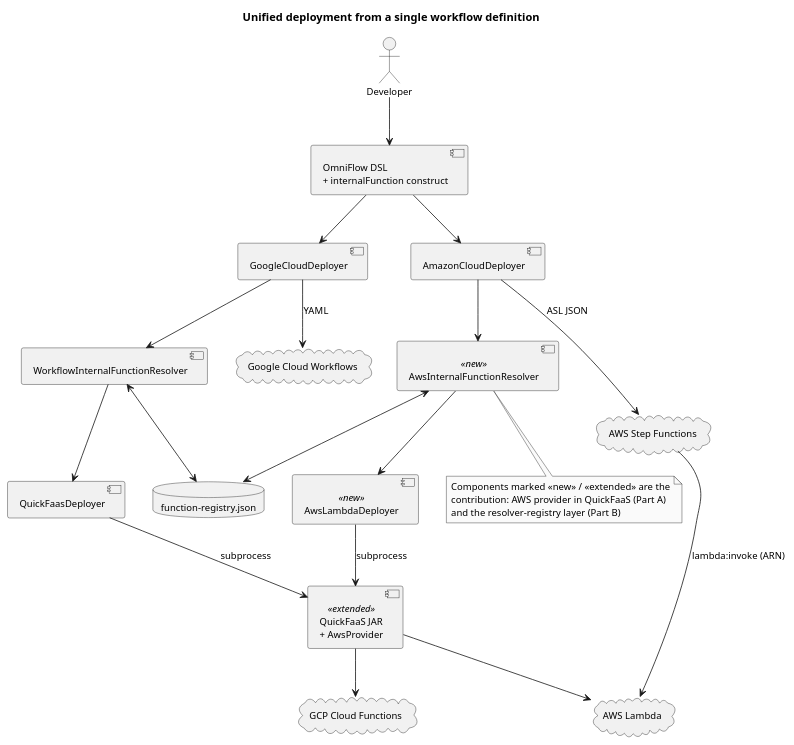
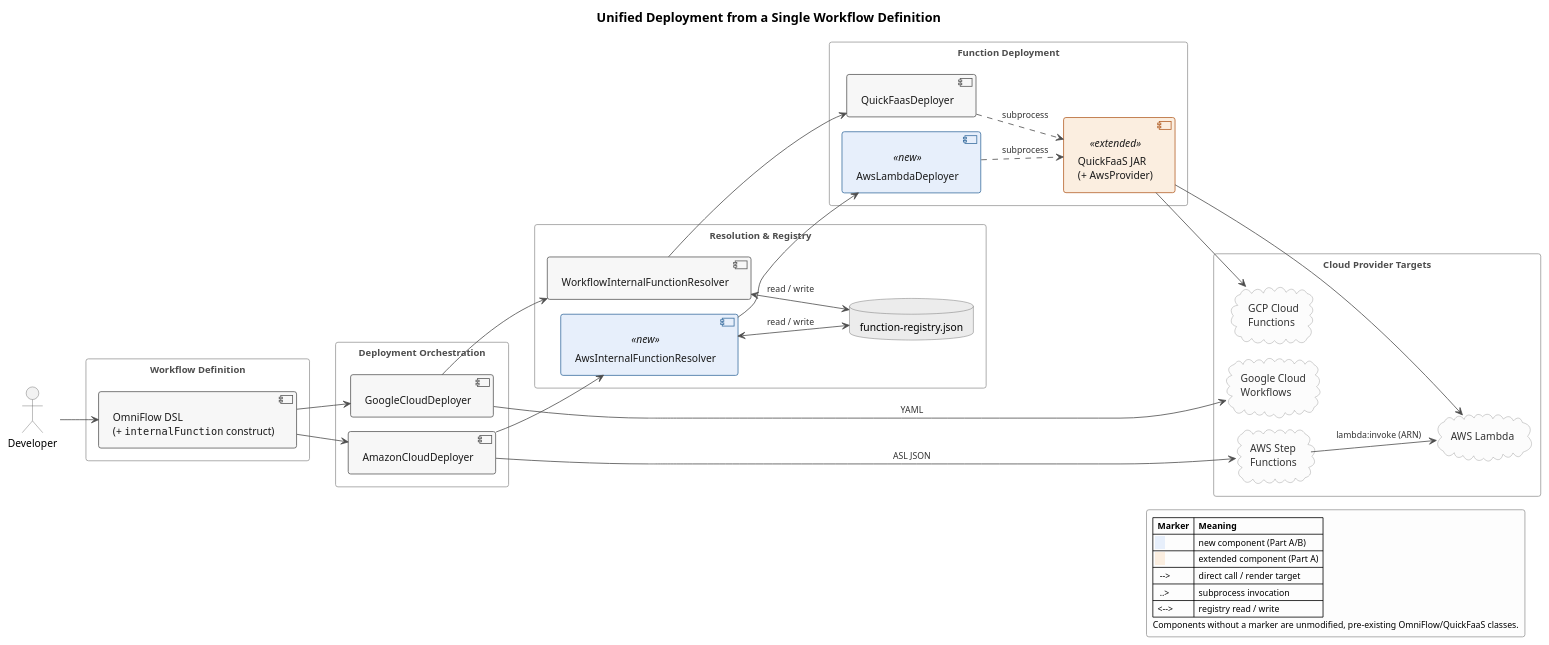
Before and after one commit to EngenheiroPedroCarvalho/ISEL-Thesis-2526: the diagram in diagrams/architecture-after.puml, drawn with PlantUML. The commit also changed 2 other files, not shown here.

Commit message:
Redesign architecture-after.puml for a more academic look
Replace the flat monochrome component diagram with a layered layout
(Workflow Definition / Deployment Orchestration / Resolution &
Registry / Function Deployment / Cloud Provider Targets), a muted
academic color palette distinguishing new/extended components, a
formal legend explaining markers and arrow semantics, and a
left-to-right flow that reads as a pipeline. Re-rendered with
PlantUML + Graphviz and copied into thesis/images/architecture/,
where the figure is actually included from.

Claude-Session: https://claude.ai/code/session_01KJXWkTU8MwDtpFRMYu8c1D

```diff
--- a/diagrams/architecture-after.puml
+++ b/diagrams/architecture-after.puml
@@ -1,44 +1,131 @@
 @startuml architecture-after
-skinparam monochrome true
+skinparam monochrome false
 skinparam shadowing false
-skinparam defaultFontSize 12
-title Unified deployment from a single workflow definition
+skinparam roundcorner 6
+skinparam defaultFontName Helvetica
+skinparam defaultFontSize 13
+skinparam titleFontSize 16
+skinparam titleFontStyle bold
+skinparam padding 3
+skinparam nodesep 18
+skinparam ranksep 32
 
-actor Developer as D2
-component "OmniFlow DSL\n+ internalFunction construct" as DSL2
-component "GoogleCloudDeployer" as GCD2
-component "AmazonCloudDeployer" as ACD2
-component "WorkflowInternalFunctionResolver" as WIFR
-component "AwsInternalFunctionResolver" as AIFR <<new>>
-component "QuickFaasDeployer" as QFD
-component "AwsLambdaDeployer" as ALD <<new>>
-component "QuickFaaS JAR\n+ AwsProvider" as JAR <<extended>>
-database "function-registry.json" as REG
-cloud "Google Cloud Workflows" as GCW2
-cloud "AWS Step Functions" as SF2
-cloud "GCP Cloud Functions" as GFN
-cloud "AWS Lambda" as LAM
+skinparam ArrowColor #4D4D4D
+skinparam ArrowFontSize 11
+skinparam ArrowFontColor #333333
+
+skinparam actor {
+  BackgroundColor #F2F2F2
+  BorderColor #595959
+}
+
+skinparam component {
+  BackgroundColor #F7F7F7
+  BorderColor #595959
+  FontColor #1A1A1A
+  BorderThickness 1
+}
+skinparam component<<new>> {
+  BackgroundColor #E7EFFB
+  BorderColor #3B6FA0
+  FontColor #1A1A1A
+}
+skinparam component<<extended>> {
+  BackgroundColor #FBEEE0
+  BorderColor #B4622A
+  FontColor #1A1A1A
+}
+
+skinparam database {
+  BackgroundColor #ECECEC
+  BorderColor #595959
+}
+
+skinparam cloud {
+  BackgroundColor #FCFCFC
+  BorderColor #8C8C8C
+  FontColor #333333
+}
+
+skinparam note {
+  BackgroundColor #FFFDF5
+  BorderColor #B3A369
+  FontColor #333333
+}
+
+skinparam rectangle {
+  BackgroundColor transparent
+  BorderColor #999999
+  FontColor #4D4D4D
+  FontStyle bold
+  FontSize 12
+}
+
+skinparam legend {
+  BackgroundColor #FDFDFD
+  BorderColor #999999
+  FontSize 11
+}
+
+title Unified Deployment from a Single Workflow Definition
+left to right direction
+
+actor "Developer" as D2
+
+rectangle "Workflow Definition" {
+  component "OmniFlow DSL\n(+ ""internalFunction"" construct)" as DSL2
+}
+
+rectangle "Deployment Orchestration" {
+  component "GoogleCloudDeployer" as GCD2
+  component "AmazonCloudDeployer" as ACD2
+}
+
+rectangle "Resolution & Registry" {
+  component "WorkflowInternalFunctionResolver" as WIFR
+  component "AwsInternalFunctionResolver" as AIFR <<new>>
+  database "function-registry.json" as REG
+}
+
+rectangle "Function Deployment" {
+  component "QuickFaasDeployer" as QFD
+  component "AwsLambdaDeployer" as ALD <<new>>
+  component "QuickFaaS JAR\n(+ AwsProvider)" as JAR <<extended>>
+}
+
+rectangle "Cloud Provider Targets" {
+  cloud "Google Cloud\nWorkflows" as GCW2
+  cloud "GCP Cloud\nFunctions" as GFN
+  cloud "AWS Step\nFunctions" as SF2
+  cloud "AWS Lambda" as LAM
+}
 
 D2 --> DSL2
 DSL2 --> GCD2
 DSL2 --> ACD2
 GCD2 --> WIFR
 ACD2 --> AIFR
-WIFR <--> REG
-AIFR <--> REG
+WIFR <--> REG : read / write
+AIFR <--> REG : read / write
 WIFR --> QFD
 AIFR --> ALD
-QFD --> JAR : subprocess
-ALD --> JAR : subprocess
+QFD ..> JAR : subprocess
+ALD ..> JAR : subprocess
 JAR --> GFN
 JAR --> LAM
+SF2 -[hidden]-> LAM
 GCD2 --> GCW2 : YAML
 ACD2 --> SF2 : ASL JSON
 SF2 --> LAM : lambda:invoke (ARN)
 
-note bottom of AIFR
-  Components marked <<new>> / <<extended>> are the
-  contribution: AWS provider in QuickFaaS (Part A)
-  and the resolver-registry layer (Part B)
-end note
+legend right
+  |= Marker |= Meaning |
+  |<back:#E7EFFB>    </back>| new component (Part A/B) |
+  |<back:#FBEEE0>    </back>| extended component (Part A) |
+  |  --> | direct call / render target |
+  |  ..> | subprocess invocation |
+  | <--> | registry read / write |
+  Components without a marker are unmodified, pre-existing OmniFlow/QuickFaaS classes.
+endlegend
+
 @enduml
```
